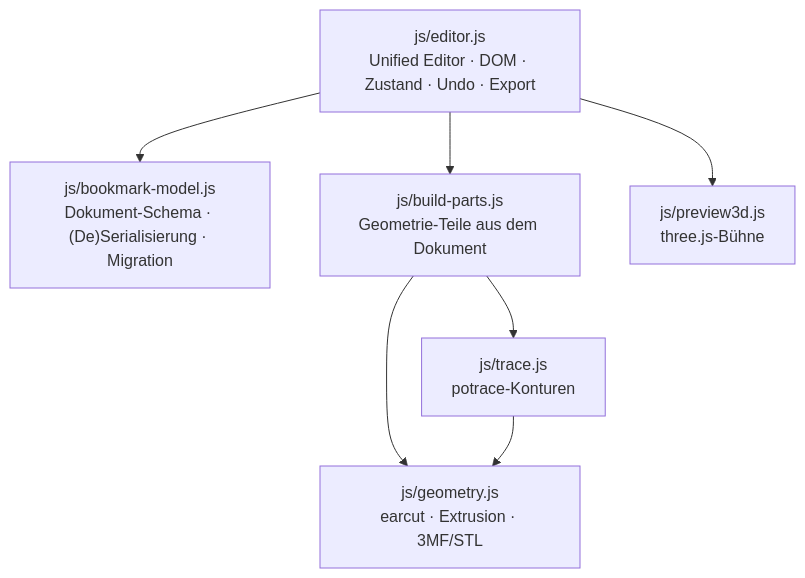
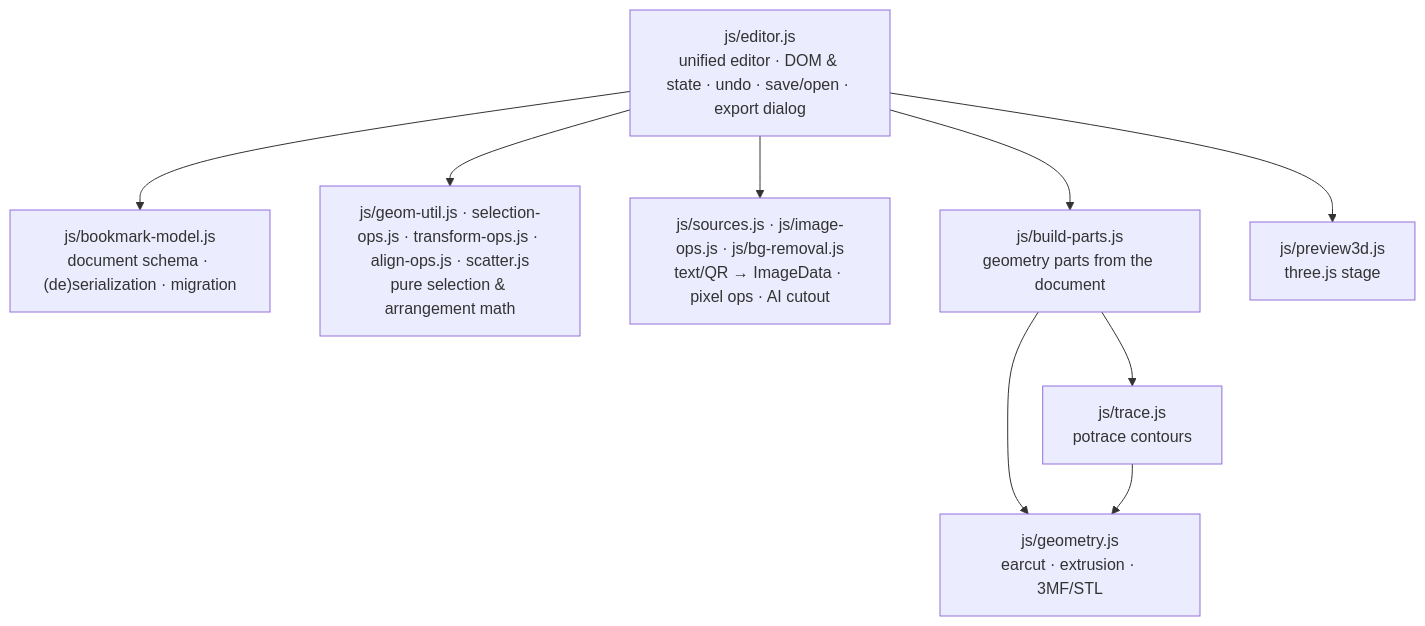
The second of 2 diagrams in README.md (KuroTsubasa1/ukibori), drawn with Mermaid before and after one commit. The commit also changed other lines of this file, not shown here.

Commit message:
docs: translate README to English, drop spec references, rework architecture section

````diff
--- a/README.md
+++ b/README.md
@@ -248,15 +271,20 @@
 ```mermaid
 flowchart TD
-    editor["js/editor.js<br/>Unified Editor · DOM · Zustand · Undo · Export"]
-    bm["js/bookmark-model.js<br/>Dokument-Schema · (De)Serialisierung · Migration"]
-    bp["js/build-parts.js<br/>Geometrie-Teile aus dem Dokument"]
-    tr["js/trace.js<br/>potrace-Konturen"]
-    geo["js/geometry.js<br/>earcut · Extrusion · 3MF/STL"]
-    p3d["js/preview3d.js<br/>three.js-Bühne"]
-    editor --> bm
-    editor --> bp
+    editor["js/editor.js<br/>unified editor · DOM & state · undo · save/open · export dialog"]
+    model["js/bookmark-model.js<br/>document schema · (de)serialization · migration"]
+    ops["js/geom-util.js · selection-ops.js · transform-ops.js · align-ops.js · scatter.js<br/>pure selection & arrangement math"]
+    inputs["js/sources.js · js/image-ops.js · js/bg-removal.js<br/>text/QR → ImageData · pixel ops · AI cutout"]
+    parts["js/build-parts.js<br/>geometry parts from the document"]
+    trace["js/trace.js<br/>potrace contours"]
+    geo["js/geometry.js<br/>earcut · extrusion · 3MF/STL"]
+    p3d["js/preview3d.js<br/>three.js stage"]
+
+    editor --> model
+    editor --> ops
+    editor --> inputs
+    editor --> parts
     editor --> p3d
-    bp --> tr
-    bp --> geo
-    tr --> geo
+    parts --> trace
+    parts --> geo
+    trace --> geo
 ```
````
